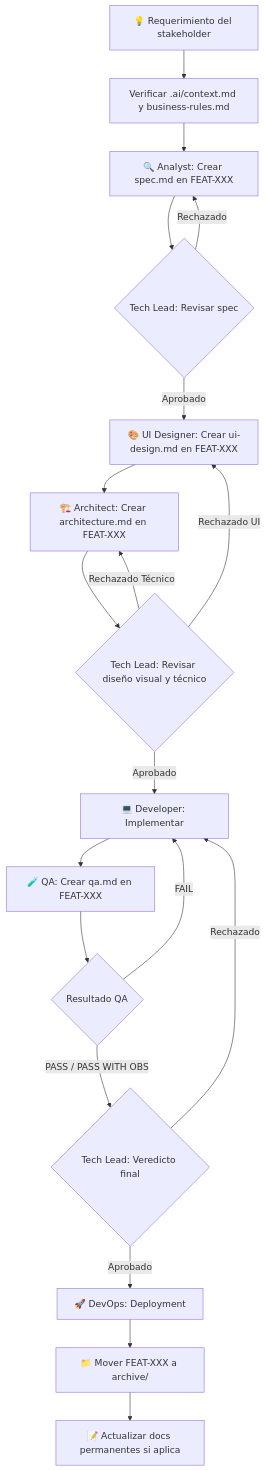
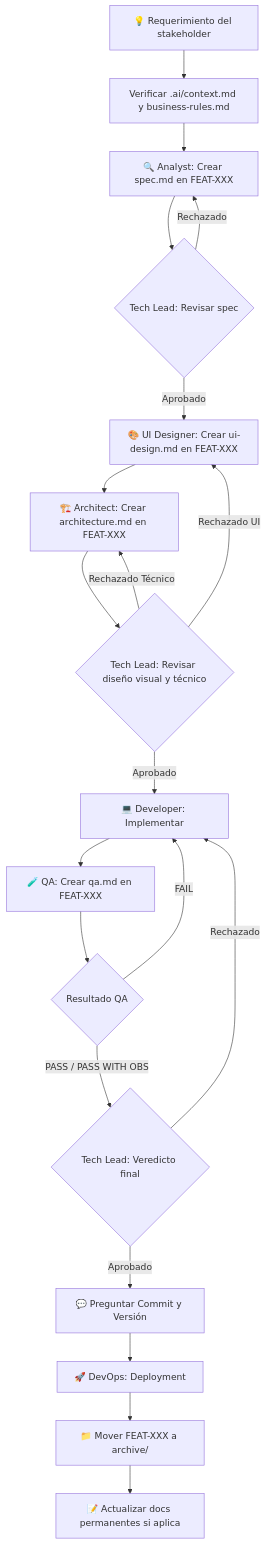
One commit to ezequielmendoza-dev/ai-agents changed the diagram in workflows/new-feature.md. Above: the diagram before and after it, drawn with Mermaid. The commit also changed other lines of this file and 4 other files, not shown here.

````diff
--- a/workflows/new-feature.md
+++ b/workflows/new-feature.md
@@ -18,21 +18,22 @@
 ```mermaid
 flowchart TD
     A[💡 Requerimiento del stakeholder] --> B[Verificar .ai/context.md y business-rules.md]
     B --> C[🔍 Analyst: Crear spec.md en FEAT-XXX]
     C --> D{Tech Lead: Revisar spec}
     D -->|Rechazado| C
     D -->|Aprobado| UI[🎨 UI Designer: Crear ui-design.md en FEAT-XXX]
     UI --> E[🏗️ Architect: Crear architecture.md en FEAT-XXX]
     E --> F{Tech Lead: Revisar diseño visual y técnico}
     F -->|Rechazado UI| UI
     F -->|Rechazado Técnico| E
     F -->|Aprobado| G[💻 Developer: Implementar]
     G --> H[🧪 QA: Crear qa.md en FEAT-XXX]
     H --> I{Resultado QA}
     I -->|FAIL| G
     I -->|PASS / PASS WITH OBS| J{Tech Lead: Veredicto final}
     J -->|Rechazado| G
-    J -->|Aprobado| K[🚀 DevOps: Deployment]
+    J -->|Aprobado| Ask[💬 Preguntar Commit y Versión]
+    Ask --> K[🚀 DevOps: Deployment]
     K --> L[📁 Mover FEAT-XXX a archive/]
     L --> M[📝 Actualizar docs permanentes si aplica]
 ```
````
